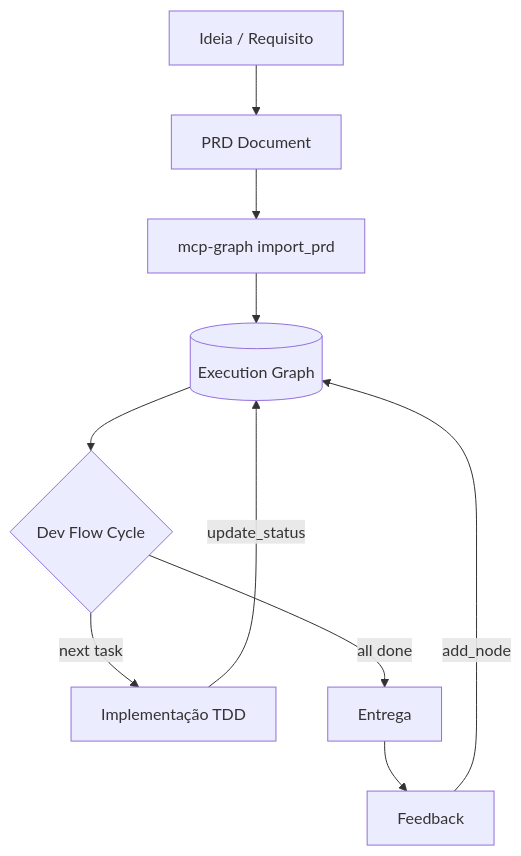
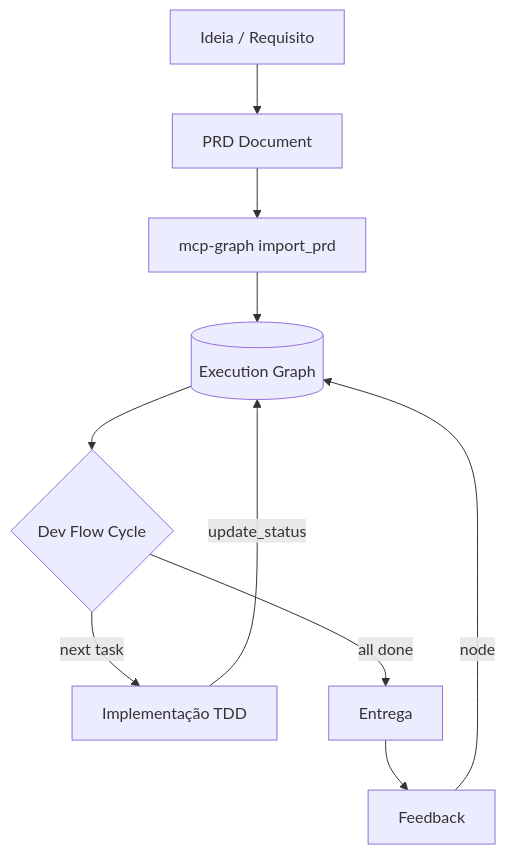
Before and after one commit to sraphaz/mcp-graph-workflow: the first of 19 diagrams in docs/LIFECYCLE.md, drawn with Mermaid. The commit also changed other lines of this file and 8 other files, not shown here.

````diff
--- a/docs/LIFECYCLE.md
+++ b/docs/LIFECYCLE.md
@@ -11,12 +11,12 @@
 ```mermaid
 graph TD
     IDEA[Ideia / Requisito] --> PRD[PRD Document]
     PRD --> IMPORT[mcp-graph import_prd]
     IMPORT --> GRAPH[(Execution Graph)]
     GRAPH --> CYCLE{Dev Flow Cycle}
     CYCLE --> |next task| IMPLEMENT[Implementação TDD]
     IMPLEMENT --> |update_status| GRAPH
     CYCLE --> |all done| DELIVER[Entrega]
     DELIVER --> FEEDBACK[Feedback]
-    FEEDBACK --> |add_node| GRAPH
+    FEEDBACK --> |node| GRAPH
 ```
````
